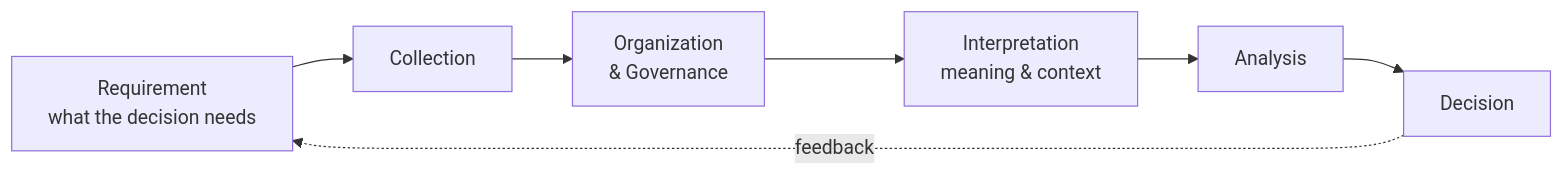
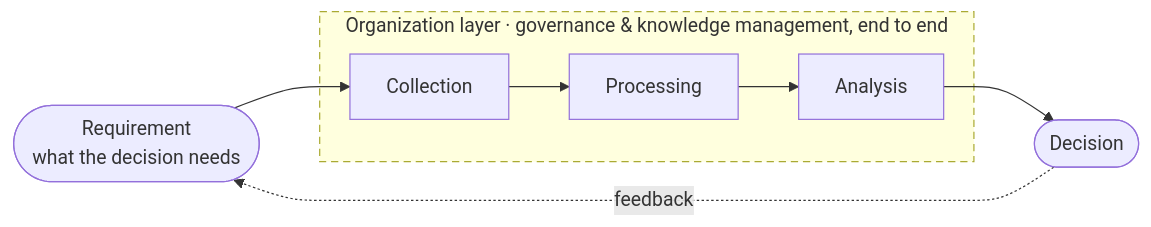
Before and after one commit to ericguadanini/ericguadanini: the diagram in README.md, drawn with Mermaid. The commit also changed other lines of this file, not shown here.

First line of the commit message:
Reframe the flow: organization as a meta-layer over the cycle

````diff
--- a/README.md
+++ b/README.md
@@ -15,9 +17,10 @@
 ```mermaid
 flowchart LR
-    R["Requirement<br/>what the decision needs"] --> C["Collection"]
-    C --> G["Organization<br/>& Governance"]
-    G --> K["Interpretation<br/>meaning & context"]
-    K --> A["Analysis"]
-    A --> D["Decision"]
+    R(["Requirement<br/>what the decision needs"]) --> C
+    subgraph ORG["Organization layer · governance & knowledge management, end to end"]
+        C["Collection"] --> P["Processing"] --> A["Analysis"]
+    end
+    A --> D(["Decision"])
     D -. feedback .-> R
+    style ORG stroke-dasharray: 6 4
 ```
````
